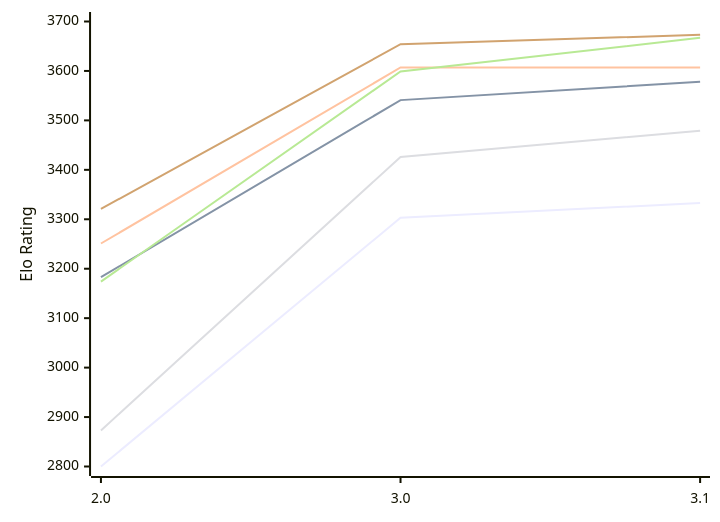
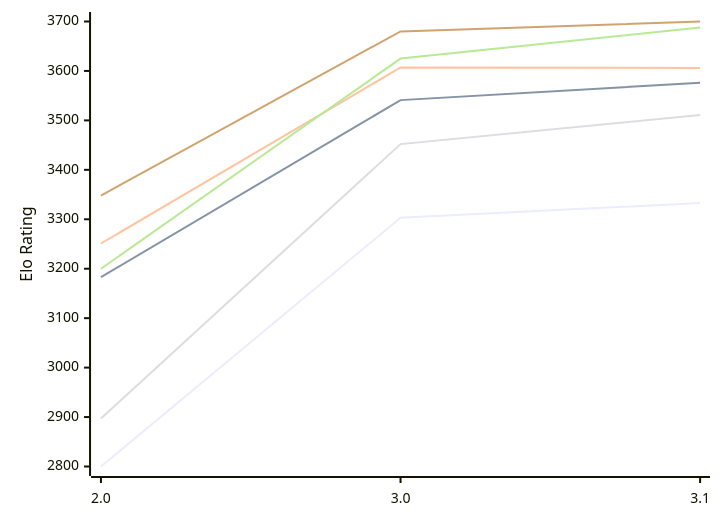
One commit to computer-chess-index/cci changed the diagram in engines/Funcomp.md. Above: the diagram before and after it, drawn with Mermaid. The commit also changed other lines of this file, not shown here.

Commit message:
Update CCI Ratings (ELO VLTC) - 2026-11-04

````diff
--- a/engines/Funcomp.md
+++ b/engines/Funcomp.md
@@ -51,12 +51,12 @@
 ```mermaid
 %%{init: {"theme":"base","themeVariables":{"seriesColors:['#a3a3a3','#222221','#faa371']}}}%%
 xychart-beta
   x-axis ["2.0", "3.0", "3.1"]
   y-axis "Elo Rating" 2800 --> 3700
   line "E1: STC (8.0+0.08s)" [2800, 3303, 3333]
-  line "E1: LTC (60.0+0.60s)" [3183, 3541, 3578]
-  line "E1: VLTC (2m24s+1.12s)" [3251, 3607, 3607]
-  line "P1: STC (8.0+0.08s)" [2873, 3426, 3479]
-  line "P1: LTC (60.0+0.60s)" [3174, 3599, 3667]
-  line "P1: VLTC (2m24s+1.12s)" [3321, 3654, 3673]
+  line "E1: LTC (60.0+0.60s)" [3183, 3541, 3576]
+  line "E1: VLTC (2m24s+1.12s)" [3251, 3607, 3606]
+  line "P1: STC (8.0+0.08s)" [2897, 3452, 3511]
+  line "P1: LTC (60.0+0.60s)" [3200, 3625, 3688]
+  line "P1: VLTC (2m24s+1.12s)" [3348, 3680, 3700]
 ```
````
